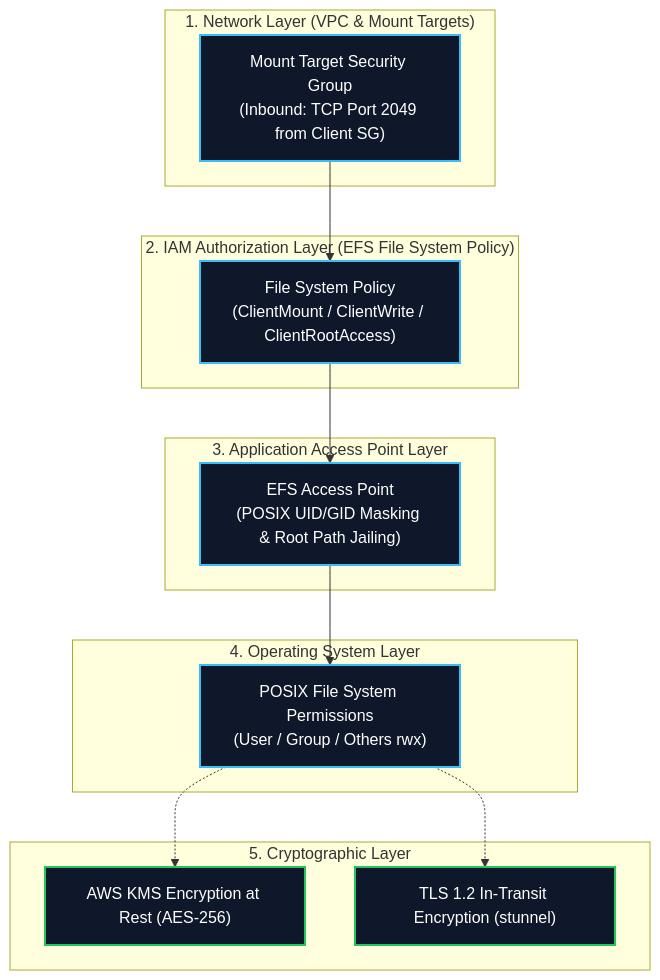
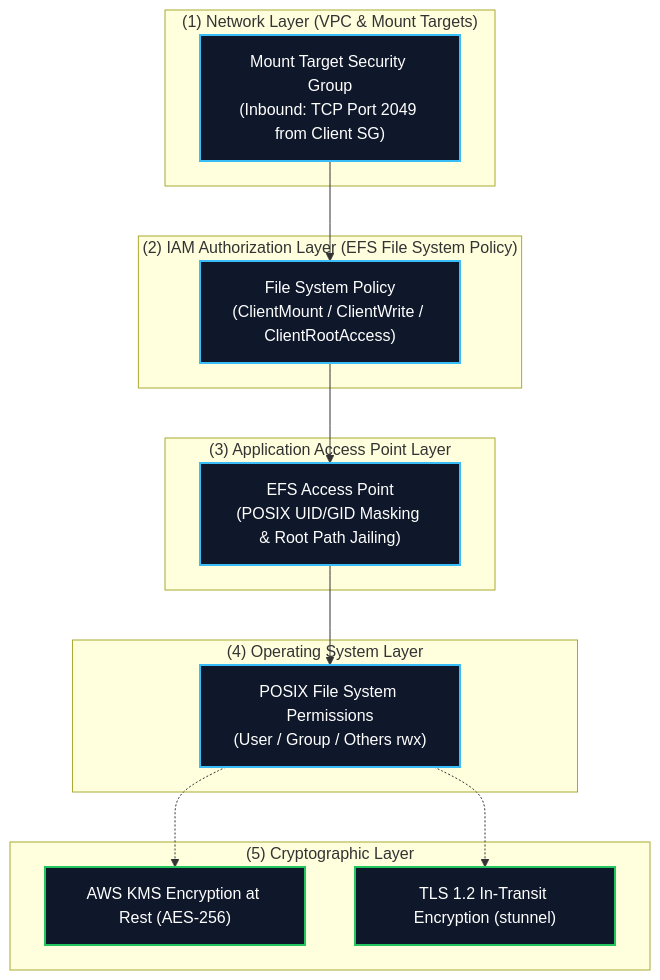
The fifth of 9 diagrams in content/02-services/storage/efs-and-fsx.md (Wathon/aws-dea-c01-note), drawn with Mermaid before and after one commit. The commit also changed other lines of this file and 19 other files, not shown here.

Commit message:
fix(mermaid): resolve 'Unsupported markdown: list' rendering issues across all diagram node and edge labels

````diff
--- a/content/02-services/storage/efs-and-fsx.md
+++ b/content/02-services/storage/efs-and-fsx.md
@@ -246,33 +246,33 @@
 ```mermaid
 graph TD
-    subgraph Layer1["1. Network Layer (VPC & Mount Targets)"]
+    subgraph Layer1["(1) Network Layer (VPC & Mount Targets)"]
         SG["Mount Target Security Group<br/>(Inbound: TCP Port 2049 from Client SG)"]
     end
 
-    subgraph Layer2["2. IAM Authorization Layer (EFS File System Policy)"]
+    subgraph Layer2["(2) IAM Authorization Layer (EFS File System Policy)"]
         FSPolicy["File System Policy<br/>(ClientMount / ClientWrite / ClientRootAccess)"]
     end
 
-    subgraph Layer3["3. Application Access Point Layer"]
+    subgraph Layer3["(3) Application Access Point Layer"]
         AccessPoint["EFS Access Point<br/>(POSIX UID/GID Masking & Root Path Jailing)"]
     end
 
-    subgraph Layer4["4. Operating System Layer"]
+    subgraph Layer4["(4) Operating System Layer"]
         POSIX["POSIX File System Permissions<br/>(User / Group / Others rwx)"]
     end
 
-    subgraph Layer5["5. Cryptographic Layer"]
+    subgraph Layer5["(5) Cryptographic Layer"]
         KMS["AWS KMS Encryption at Rest (AES-256)"]
         TLS["TLS 1.2 In-Transit Encryption (stunnel)"]
     end
 
     SG --> FSPolicy --> AccessPoint --> POSIX
     POSIX -.-> KMS
     POSIX -.-> TLS
 
     classDef sec fill:#0f172a,stroke:#38bdf8,stroke-width:2px,color:#fff;
     classDef crypto fill:#0f172a,stroke:#22c55e,stroke-width:2px,color:#fff;
 
     class SG,FSPolicy,AccessPoint,POSIX sec;
     class KMS,TLS crypto;
 ```
````
